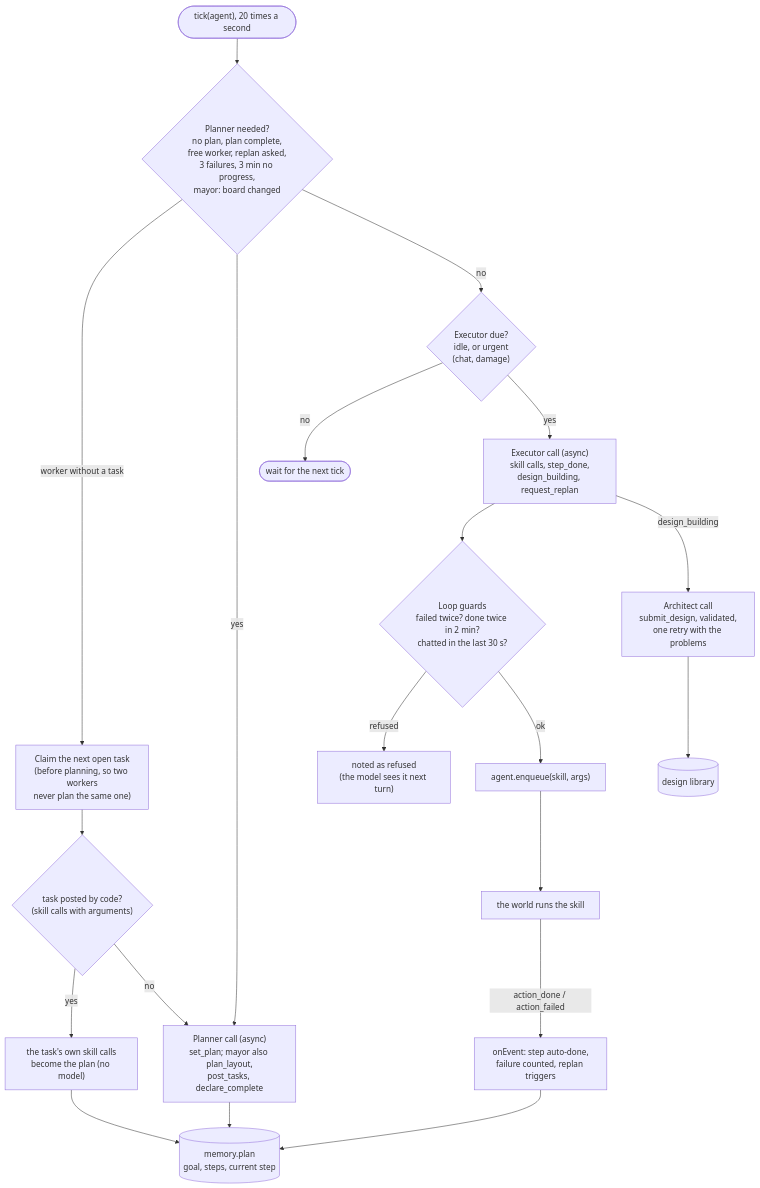
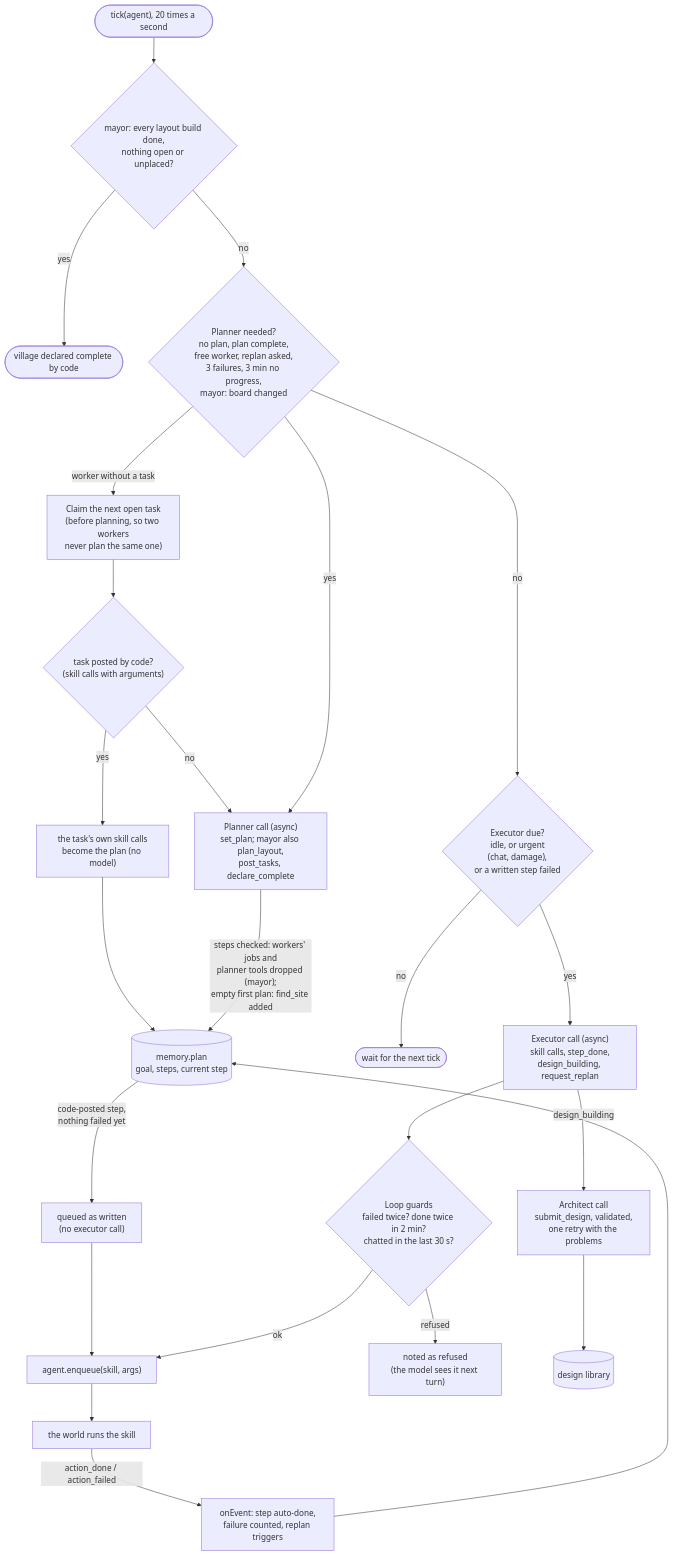
One commit to delphium226/MCAISandbox changed the fourth of 12 diagrams in docs/ARCHITECTURE.md. Above: the diagram before and after it, drawn with Mermaid. The commit also changed other lines of this file and 1 other file, not shown here.

First line of the commit message:
README and ARCHITECTURE.md: the survival village as it works after phase 1 (plan step 1.6)

````diff
--- a/docs/ARCHITECTURE.md
+++ b/docs/ARCHITECTURE.md
@@ -181,22 +190,26 @@
 ```mermaid
 flowchart TD
-  tick(["tick(agent), 20 times a second"]) --> planq{"Planner needed?<br/>no plan, plan complete,<br/>free worker, replan asked,<br/>3 failures, 3 min no progress,<br/>mayor: board changed"}
+  tick(["tick(agent), 20 times a second"]) --> donecheck{"mayor: every layout build done,<br/>nothing open or unplaced?"}
+  donecheck -- yes --> complete(["village declared complete by code"])
+  donecheck -- no --> planq{"Planner needed?<br/>no plan, plan complete,<br/>free worker, replan asked,<br/>3 failures, 3 min no progress,<br/>mayor: board changed"}
   planq -- "worker without a task" --> claim["Claim the next open task<br/>(before planning, so two workers<br/>never plan the same one)"]
   claim --> codetask{"task posted by code?<br/>(skill calls with arguments)"}
   codetask -- yes --> ownsteps["the task's own skill calls<br/>become the plan (no model)"]
   ownsteps --> mem
   codetask -- no --> planner
+  mem -- "code-posted step,<br/>nothing failed yet" --> asis["queued as written<br/>(no executor call)"]
+  asis --> queue
   planq -- yes --> planner["Planner call (async)<br/>set_plan; mayor also plan_layout,<br/>post_tasks, declare_complete"]
   planq -- no --> execq
-  planner --> mem[("memory.plan<br/>goal, steps, current step")]
-  execq{"Executor due?<br/>idle, or urgent<br/>(chat, damage)"} -- no --> done(["wait for the next tick"])
+  planner -- "steps checked: workers' jobs and<br/>planner tools dropped (mayor);<br/>empty first plan: find_site added" --> mem[("memory.plan<br/>goal, steps, current step")]
+  execq{"Executor due?<br/>idle, or urgent<br/>(chat, damage),<br/>or a written step failed"} -- no --> done(["wait for the next tick"])
   execq -- yes --> executor["Executor call (async)<br/>skill calls, step_done,<br/>design_building, request_replan"]
   executor --> guard{"Loop guards<br/>failed twice? done twice in 2 min?<br/>chatted in the last 30 s?"}
   guard -- refused --> notes["noted as refused<br/>(the model sees it next turn)"]
   guard -- ok --> queue["agent.enqueue(skill, args)"]
   executor -- design_building --> architect["Architect call<br/>submit_design, validated,<br/>one retry with the problems"]
   architect --> library[("design library")]
   queue --> skill["the world runs the skill"]
   skill -- "action_done / action_failed" --> onevent["onEvent: step auto-done,<br/>failure counted, replan triggers"]
   onevent --> mem
 ```
````
